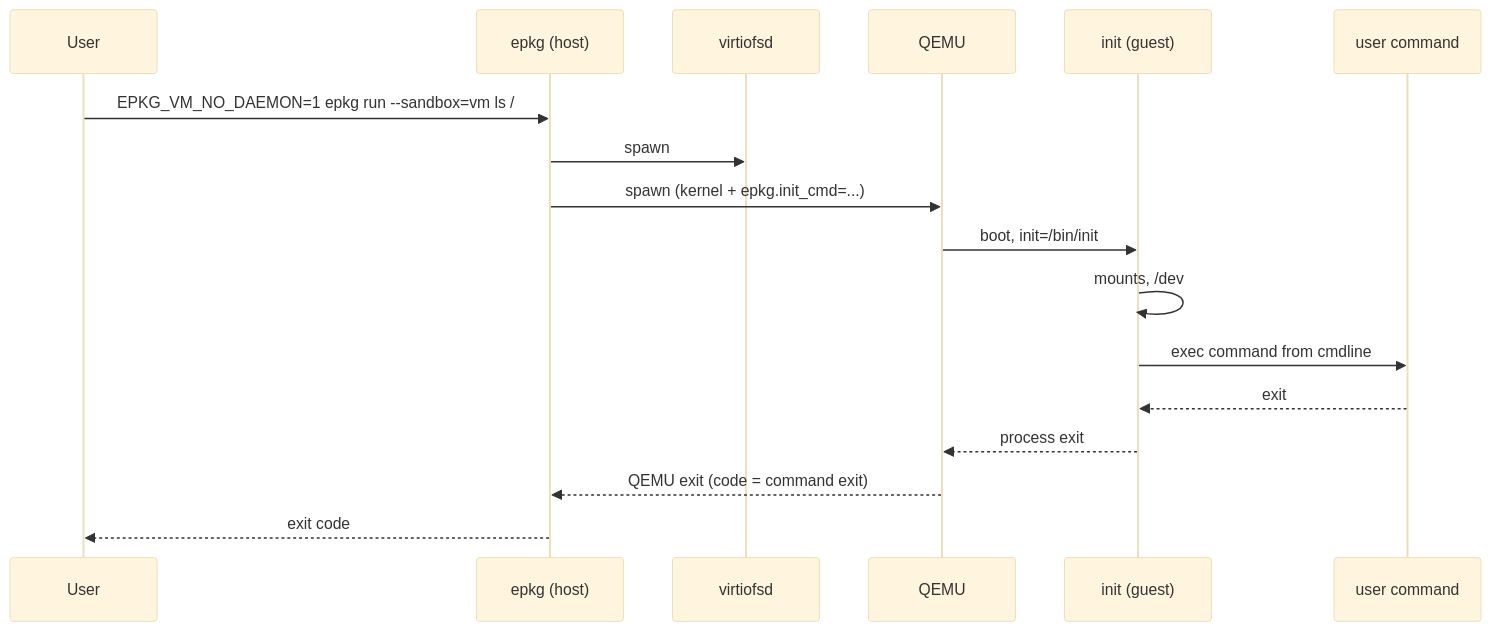
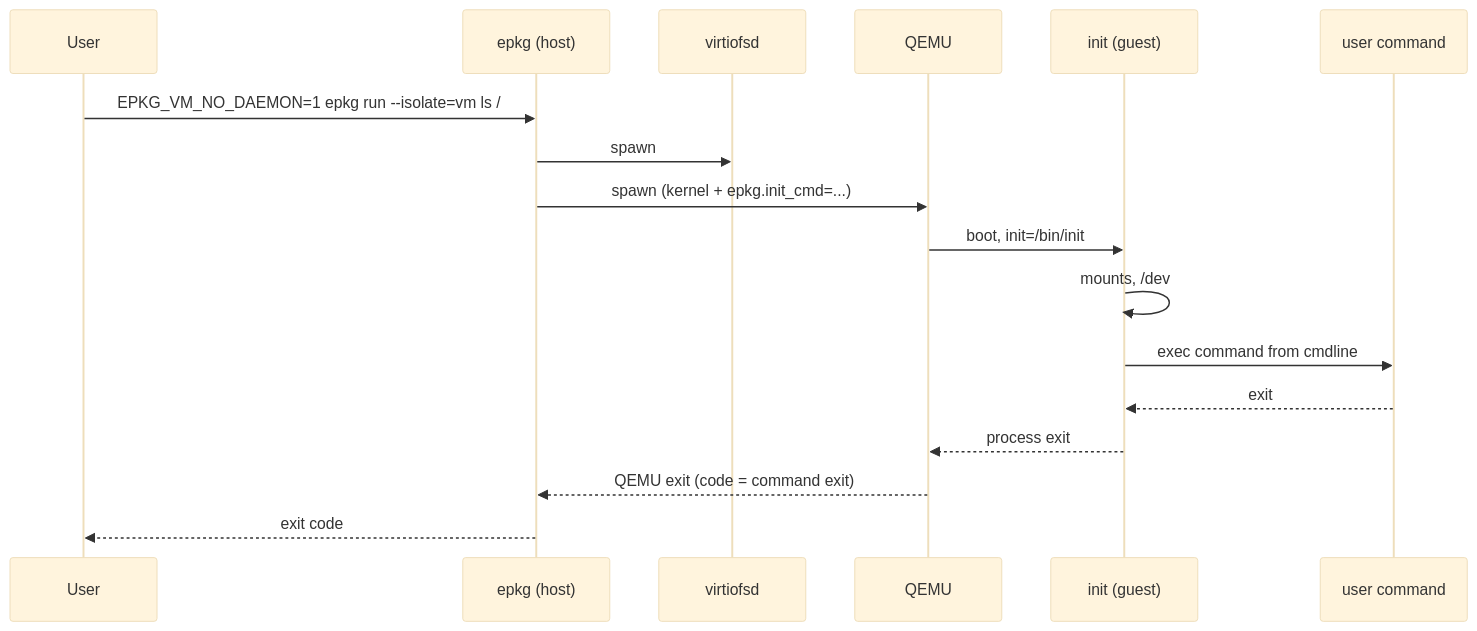
The third of 3 diagrams in docs/design-notes/sandbox-vmm.md (xiaobingling93-pixel/openeuler-epkg), drawn with Mermaid (base theme) before and after one commit. The commit also changed other lines of this file and 20 other files, not shown here.

First line of the commit message:
epkg run --sandbox: rename param to --isolate

````diff
--- a/docs/design-notes/sandbox-vmm.md
+++ b/docs/design-notes/sandbox-vmm.md
@@ -148,20 +148,20 @@
 ```mermaid
 sequenceDiagram
   participant U as User
   participant H as epkg (host)
   participant V as virtiofsd
   participant Q as QEMU
   participant I as init (guest)
   participant C as user command
 
-  U->>H: EPKG_VM_NO_DAEMON=1 epkg run --sandbox=vm ls /
+  U->>H: EPKG_VM_NO_DAEMON=1 epkg run --isolate=vm ls /
   H->>V: spawn
   H->>Q: spawn (kernel + epkg.init_cmd=...)
   Q->>I: boot, init=/bin/init
   I->>I: mounts, /dev
   I->>C: exec command from cmdline
   C-->>I: exit
   I-->>Q: process exit
   Q-->>H: QEMU exit (code = command exit)
   H-->>U: exit code
 ```
````
